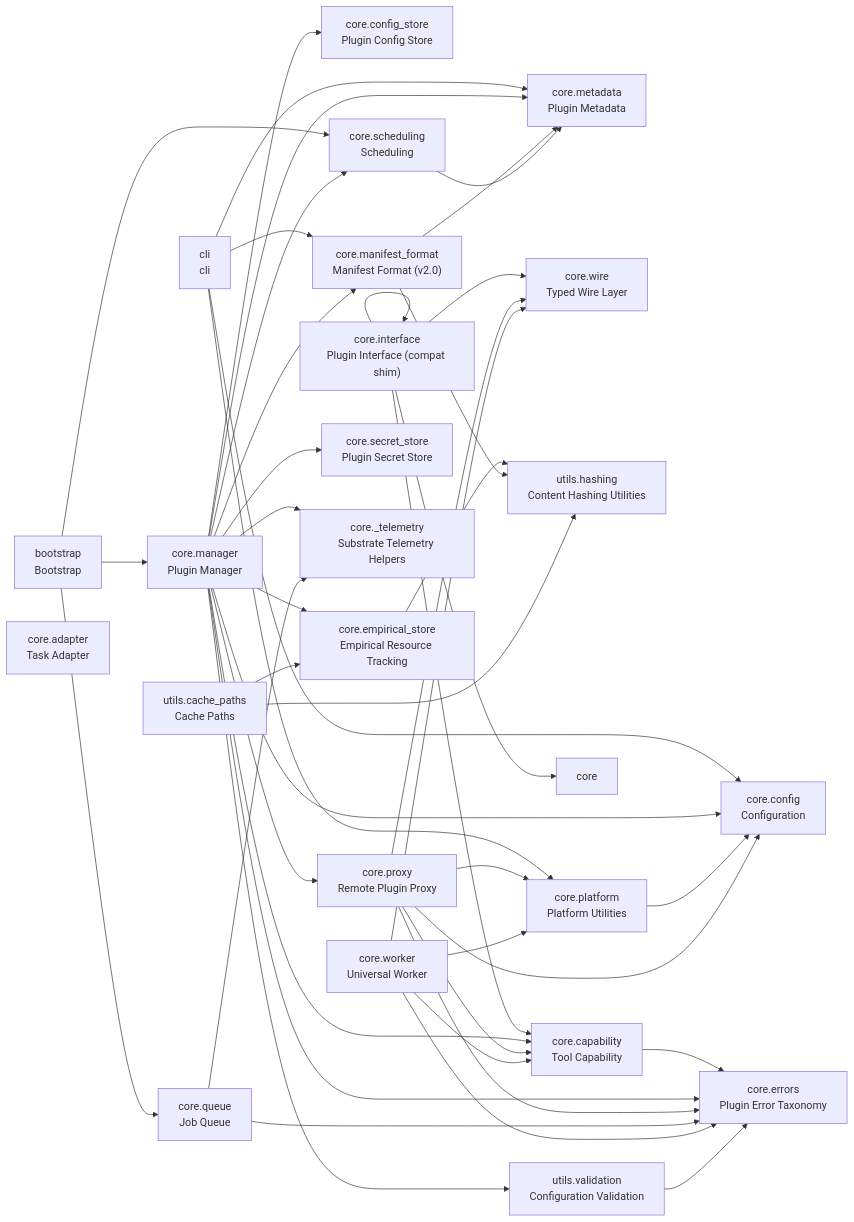
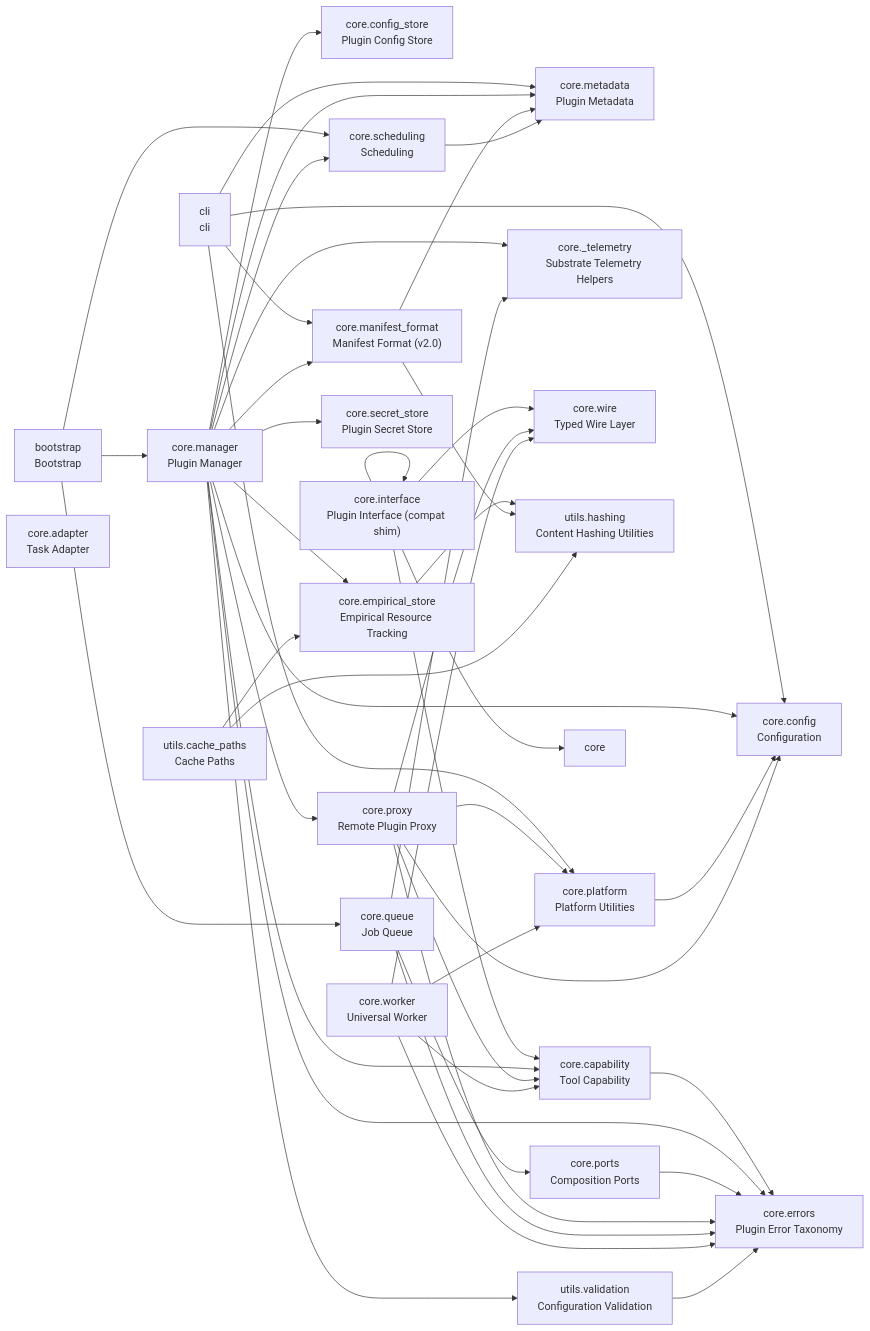
The diagram in README.md (cj-mills/cjm-plugin-system), drawn with Mermaid before and after one commit. The commit also changed other lines of this file and 4 other files, not shown here.

````diff
--- a/README.md
+++ b/README.md
@@ -45,70 +46,73 @@
 ``` mermaid
 graph LR
     bootstrap["bootstrap<br/>Bootstrap"]
     cli["cli<br/>cli"]
     core_adapter["core.adapter<br/>Task Adapter"]
     core_capability["core.capability<br/>Tool Capability"]
     core_config["core.config<br/>Configuration"]
     core_config_store["core.config_store<br/>Plugin Config Store"]
     core_empirical_store["core.empirical_store<br/>Empirical Resource Tracking"]
     core_errors["core.errors<br/>Plugin Error Taxonomy"]
     core_interface["core.interface<br/>Plugin Interface (compat shim)"]
     core_manager["core.manager<br/>Plugin Manager"]
     core_manifest_format["core.manifest_format<br/>Manifest Format (v2.0)"]
     core_metadata["core.metadata<br/>Plugin Metadata"]
     core_platform["core.platform<br/>Platform Utilities"]
+    core_ports["core.ports<br/>Composition Ports"]
     core_proxy["core.proxy<br/>Remote Plugin Proxy"]
     core_queue["core.queue<br/>Job Queue"]
     core_scheduling["core.scheduling<br/>Scheduling"]
     core_secret_store["core.secret_store<br/>Plugin Secret Store"]
     core__telemetry["core._telemetry<br/>Substrate Telemetry Helpers"]
     core_wire["core.wire<br/>Typed Wire Layer"]
     core_worker["core.worker<br/>Universal Worker"]
     utils_cache_paths["utils.cache_paths<br/>Cache Paths"]
     utils_hashing["utils.hashing<br/>Content Hashing Utilities"]
     utils_validation["utils.validation<br/>Configuration Validation"]
 
     bootstrap --> core_manager
+    bootstrap --> core_queue
     bootstrap --> core_scheduling
-    bootstrap --> core_queue
+    cli --> core_metadata
+    cli --> core_manifest_format
     cli --> core_platform
     cli --> core_config
-    cli --> core_manifest_format
-    cli --> core_metadata
     core_capability --> core_errors
     core_empirical_store --> utils_hashing
     core_interface --> core_capability
     core_interface --> core
+    core_interface --> core_wire
     core_interface --> core_interface
-    core_interface --> core_wire
+    core_manager --> core_metadata
     core_manager --> core_secret_store
+    core_manager --> core_capability
+    core_manager --> core_manifest_format
     core_manager --> core_empirical_store
-    core_manager --> core_scheduling
-    core_manager --> core_metadata
     core_manager --> core_errors
-    core_manager --> core_manifest_format
-    core_manager --> core__telemetry
-    core_manager --> core_proxy
+    core_manager --> utils_validation
     core_manager --> core_config_store
     core_manager --> core_config
-    core_manager --> utils_validation
-    core_manager --> core_capability
+    core_manager --> core__telemetry
+    core_manager --> core_scheduling
+    core_manager --> core_proxy
     core_manifest_format --> core_metadata
     core_manifest_format --> utils_hashing
     core_platform --> core_config
+    core_ports --> core_errors
+    core_proxy --> core_platform
+    core_proxy --> core_capability
     core_proxy --> core_errors
-    core_proxy --> core_platform
+    core_proxy --> core_config
     core_proxy --> core_wire
-    core_proxy --> core_config
-    core_proxy --> core_capability
     core_queue --> core_errors
+    core_queue --> core_ports
     core_queue --> core__telemetry
     core_scheduling --> core_metadata
+    core_worker --> core_errors
+    core_worker --> core_platform
     core_worker --> core_capability
-    core_worker --> core_errors
     core_worker --> core_wire
-    core_worker --> core_platform
     utils_cache_paths --> core_empirical_store
     utils_cache_paths --> utils_hashing
     utils_validation --> core_errors
 ```
````
